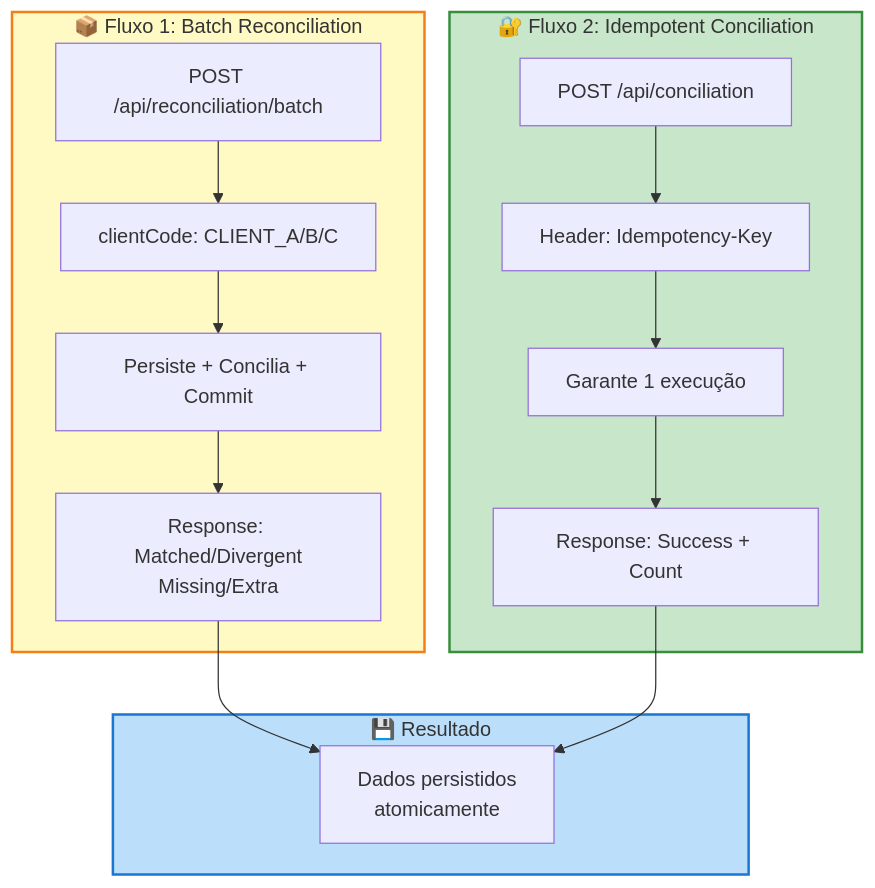
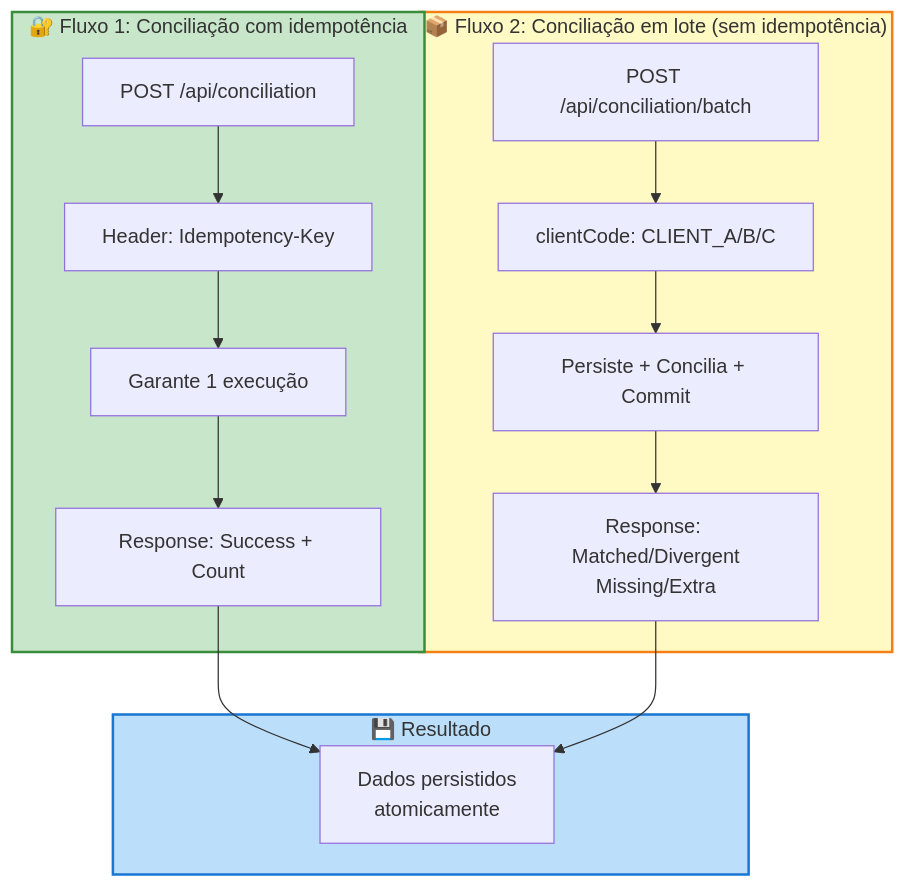
Before and after one commit to awernek/Conciliacao: the fourth of 12 diagrams in docs/DIAGRAMAS-PROJETO.md, drawn with Mermaid. The commit also changed other lines of this file and 40 other files, not shown here.

First line of the commit message:
feat: implement batch reconciliation flow and refactor API structure

````diff
--- a/docs/DIAGRAMAS-PROJETO.md
+++ b/docs/DIAGRAMAS-PROJETO.md
@@ -114,27 +114,27 @@
 ```mermaid
 graph TD
-    subgraph Batch["📦 Fluxo 1: Batch Reconciliation"]
-        B1["POST /api/reconciliation/batch"]
-        B2["clientCode: CLIENT_A/B/C"]
-        B3["Persiste + Concilia + Commit"]
-        B4["Response: Matched/Divergent<br/>Missing/Extra"]
-    end
-
-    subgraph Idempotent["🔐 Fluxo 2: Idempotent Conciliation"]
+    subgraph Idempotent["🔐 Fluxo 1: Conciliação com idempotência"]
         I1["POST /api/conciliation"]
         I2["Header: Idempotency-Key"]
         I3["Garante 1 execução"]
         I4["Response: Success + Count"]
     end
 
+    subgraph Batch["📦 Fluxo 2: Conciliação em lote (sem idempotência)"]
+        B1["POST /api/conciliation/batch"]
+        B2["clientCode: CLIENT_A/B/C"]
+        B3["Persiste + Concilia + Commit"]
+        B4["Response: Matched/Divergent<br/>Missing/Extra"]
+    end
+
     subgraph Database["💾 Resultado"]
         DB["Dados persistidos<br/>atomicamente"]
     end
 
+    I1 --> I2 --> I3 --> I4 --> DB
     B1 --> B2 --> B3 --> B4 --> DB
-    I1 --> I2 --> I3 --> I4 --> DB
 
     style Batch fill:#fff9c4,stroke:#f57f17,stroke-width:2px
     style Idempotent fill:#c8e6c9,stroke:#388e3c,stroke-width:2px
     style Database fill:#bbdefb,stroke:#1976d2,stroke-width:2px
 ```
````
